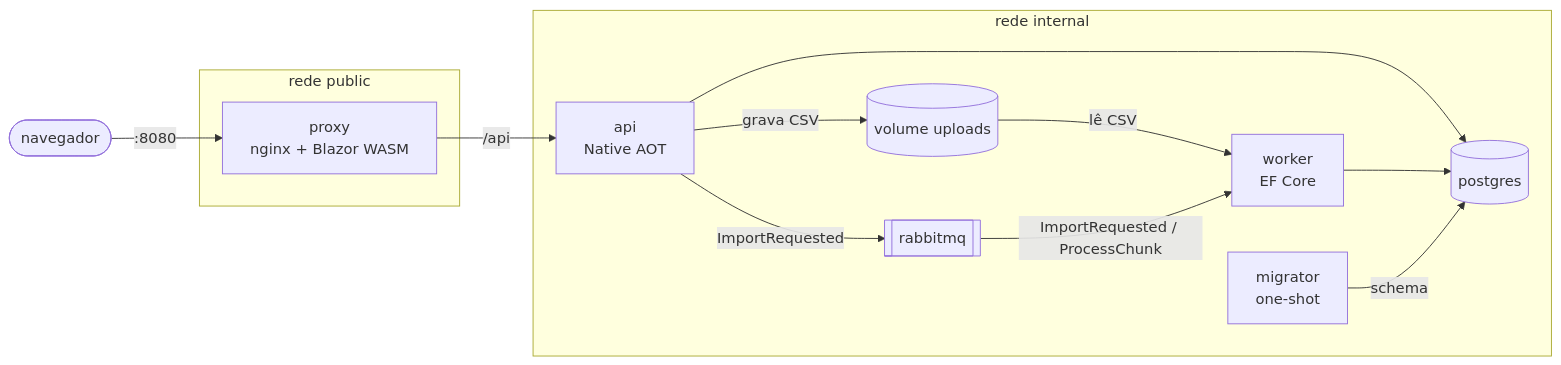
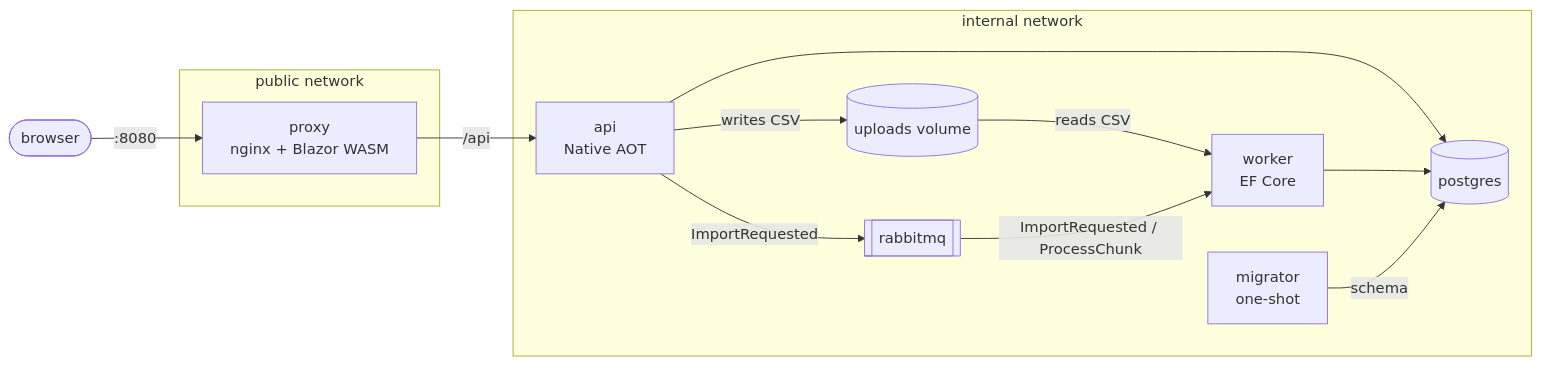
The diagram in README.md (YudiKojima/statement-importer), drawn with Mermaid before and after one commit. The commit also changed other lines of this file and 13 other files, not shown here.

````diff
--- a/README.md
+++ b/README.md
@@ -23,23 +21,23 @@
 ```mermaid
 flowchart LR
-    browser([navegador]) -- ":8080" --> proxy
-    subgraph public [rede public]
+    browser([browser]) -- ":8080" --> proxy
+    subgraph public [public network]
         proxy[proxy<br/>nginx + Blazor WASM]
     end
-    subgraph internal [rede internal]
+    subgraph internal [internal network]
         api[api<br/>Native AOT]
         worker[worker<br/>EF Core]
         migrator[migrator<br/>one-shot]
         postgres[(postgres)]
         rabbitmq[[rabbitmq]]
-        uploads[(volume uploads)]
+        uploads[(uploads volume)]
     end
     proxy -- "/api" --> api
-    api -- grava CSV --> uploads
-    uploads -- lê CSV --> worker
+    api -- writes CSV --> uploads
+    uploads -- reads CSV --> worker
     api -- ImportRequested --> rabbitmq
     rabbitmq -- ImportRequested / ProcessChunk --> worker
     api --> postgres
     worker --> postgres
     migrator -- schema --> postgres
 ```
````
